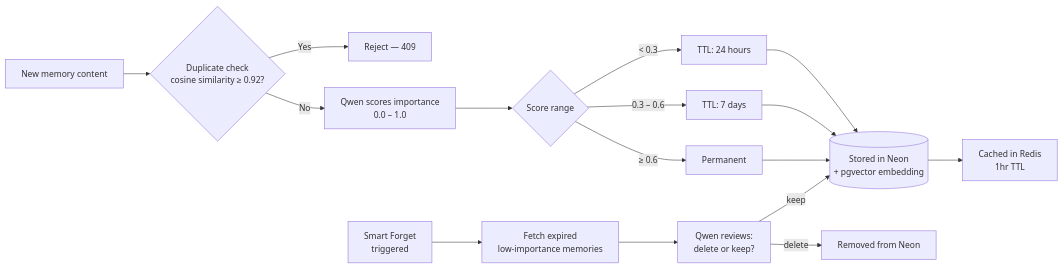
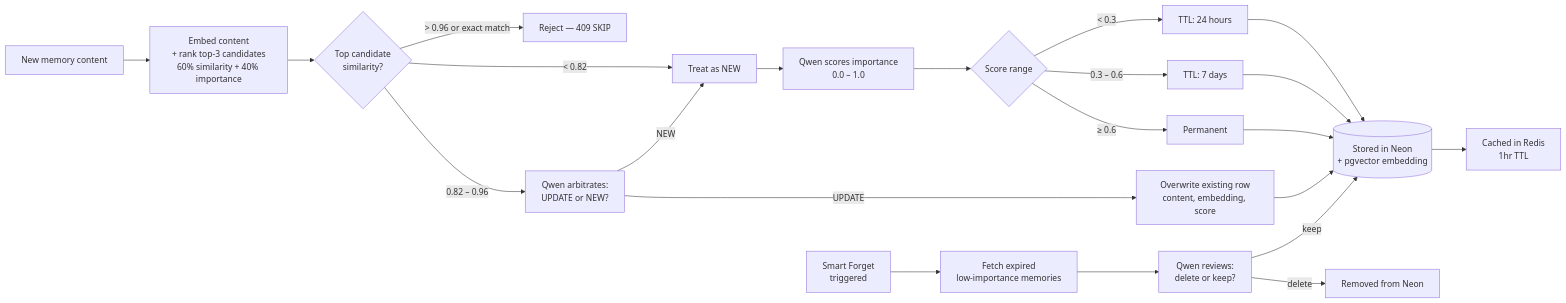
Before and after one commit to Hereforlolz/qwen-memory-agent: the third of 3 diagrams in architecture.md, drawn with Mermaid. The commit also changed other lines of this file and 4 other files, not shown here.

Commit message:
Fix vector dimension mismatch, add weighted dedup ranking, importance-first recall, negative-fact filtering, updated Readme and architecture

````diff
--- a/architecture.md
+++ b/architecture.md
@@ -96,19 +108,28 @@
 ```mermaid
 flowchart LR
-    A[New memory content] --> B{Duplicate check<br/>cosine similarity ≥ 0.92?}
-    B -->|Yes| C[Reject — 409]
-    B -->|No| D[Qwen scores importance<br/>0.0 – 1.0]
-    D --> E{Score range}
-    E -->|< 0.3| F[TTL: 24 hours]
-    E -->|0.3 – 0.6| G[TTL: 7 days]
-    E -->|≥ 0.6| H[Permanent]
-    F --> I[(Stored in Neon<br/>+ pgvector embedding)]
-    G --> I
-    H --> I
-    I --> J[Cached in Redis<br/>1hr TTL]
+    A[New memory content] --> B[Embed content<br/>+ rank top-3 candidates<br/>60% similarity + 40% importance]
+    B --> C{Top candidate<br/>similarity?}
+    C -->|> 0.96 or exact match| D[Reject — 409 SKIP]
+    C -->|0.82 – 0.96| E[Qwen arbitrates:<br/>UPDATE or NEW?]
+    C -->|< 0.82| F[Treat as NEW]
 
-    K[Smart Forget<br/>triggered] --> L[Fetch expired<br/>low-importance memories]
-    L --> M[Qwen reviews:<br/>delete or keep?]
-    M -->|delete| N[Removed from Neon]
-    M -->|keep| I
+    E -->|UPDATE| G[Overwrite existing row<br/>content, embedding, score]
+    E -->|NEW| F
+
+    F --> H[Qwen scores importance<br/>0.0 – 1.0]
+    H --> I{Score range}
+    I -->|< 0.3| J[TTL: 24 hours]
+    I -->|0.3 – 0.6| K[TTL: 7 days]
+    I -->|≥ 0.6| L[Permanent]
+
+    J --> M[(Stored in Neon<br/>+ pgvector embedding)]
+    K --> M
+    L --> M
+    G --> M
+    M --> N[Cached in Redis<br/>1hr TTL]
+
+    O[Smart Forget<br/>triggered] --> P[Fetch expired<br/>low-importance memories]
+    P --> Q[Qwen reviews:<br/>delete or keep?]
+    Q -->|delete| R[Removed from Neon]
+    Q -->|keep| M
 ```
````
